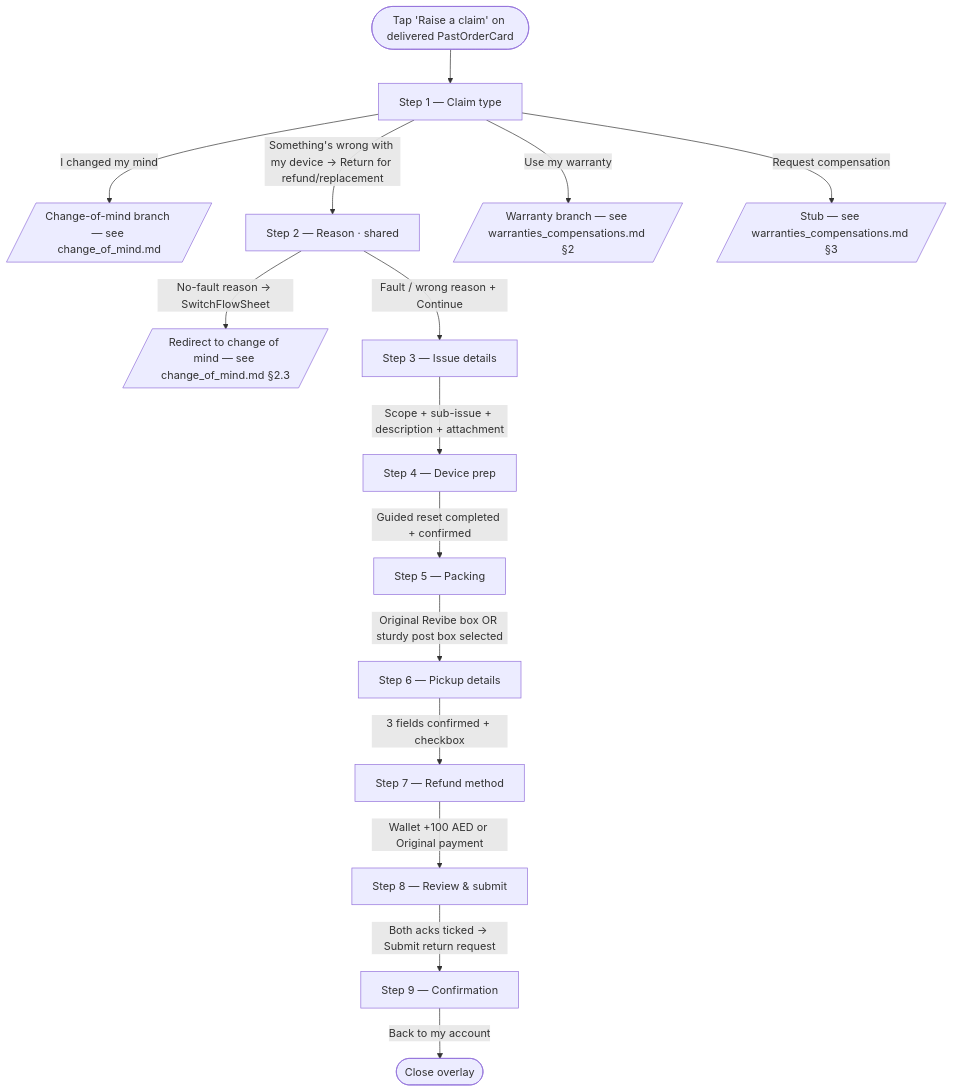
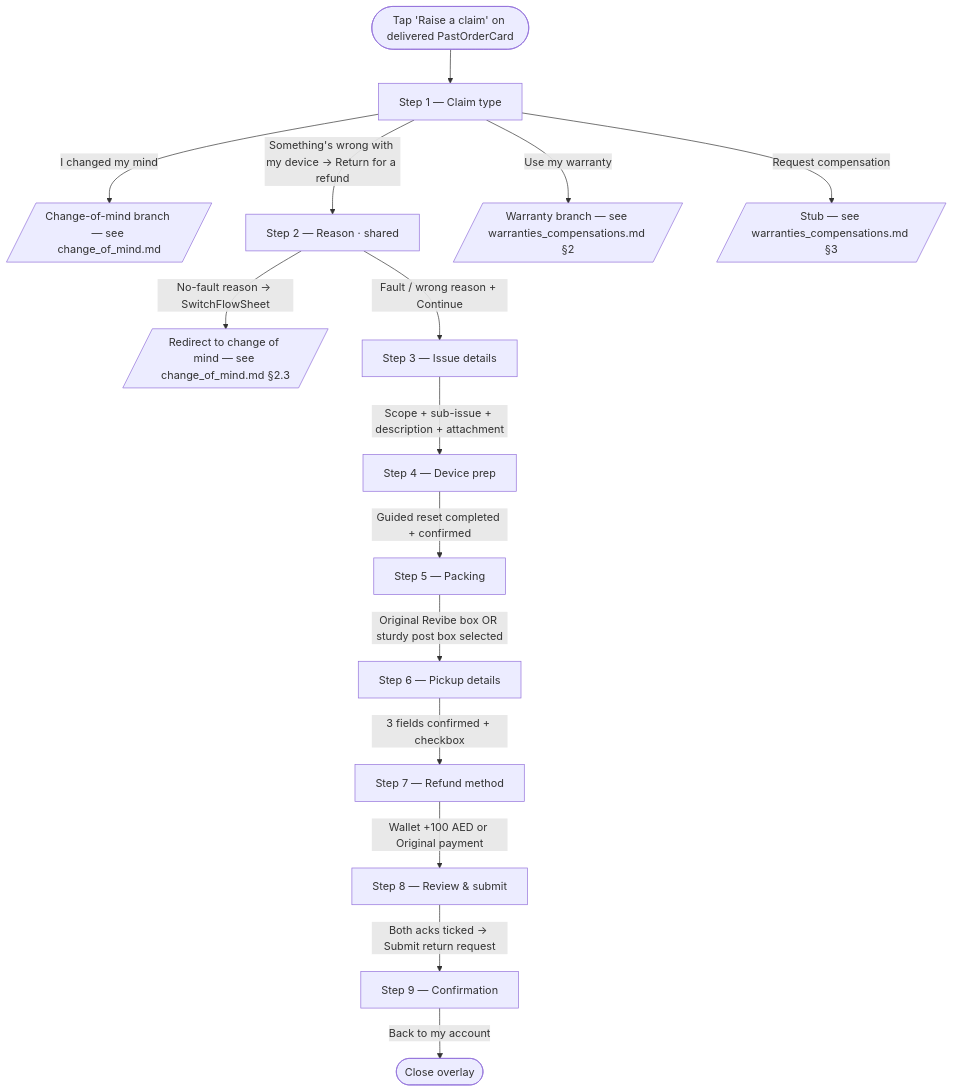
The diagram in docs/output/returns/issue.md (andrea-revibe/my-account-redesign-v2), drawn with Mermaid before and after one commit. The commit also changed other lines of this file and 10 other files, not shown here.

Commit message:
added the do you want a return or replacement fork in the raise a claim

````diff
--- a/docs/output/returns/issue.md
+++ b/docs/output/returns/issue.md
@@ -33,17 +33,17 @@
 ```mermaid
 flowchart TD
   entry([Tap 'Raise a claim' on delivered PastOrderCard]) --> s1[Step 1 — Claim type]
   s1 -->|I changed my mind| com[/Change-of-mind branch — see change_of_mind.md/]
-  s1 -->|Something's wrong with my device → Return for refund/replacement| s2[Step 2 — Reason · shared]
+  s1 -->|Something's wrong with my device → Return for a refund| s2[Step 2 — Reason · shared]
   s1 -->|Use my warranty| warranty[/Warranty branch — see warranties_compensations.md §2/]
   s1 -->|Request compensation| stub2[/Stub — see warranties_compensations.md §3/]
   s2 -->|No-fault reason → SwitchFlowSheet| com2[/Redirect to change of mind — see change_of_mind.md §2.3/]
   s2 -->|Fault / wrong reason + Continue| s3[Step 3 — Issue details]
   s3 -->|Scope + sub-issue + description + attachment| s4[Step 4 — Device prep]
   s4 -->|Guided reset completed + confirmed| s5[Step 5 — Packing]
   s5 -->|Original Revibe box OR sturdy post box selected| s6[Step 6 — Pickup details]
   s6 -->|3 fields confirmed + checkbox| s7[Step 7 — Refund method]
   s7 -->|Wallet +100 AED or Original payment| s8[Step 8 — Review & submit]
   s8 -->|Both acks ticked → Submit return request| s9[Step 9 — Confirmation]
   s9 -->|Back to my account| close([Close overlay])
 ```
````
